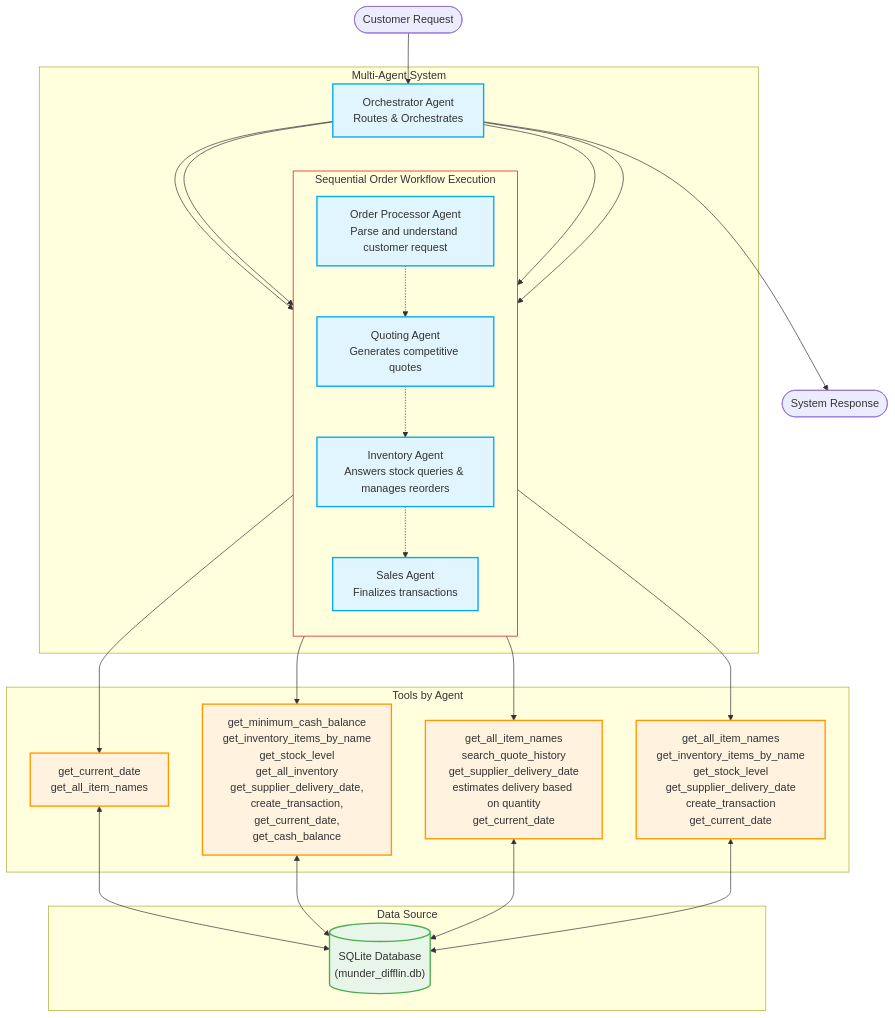
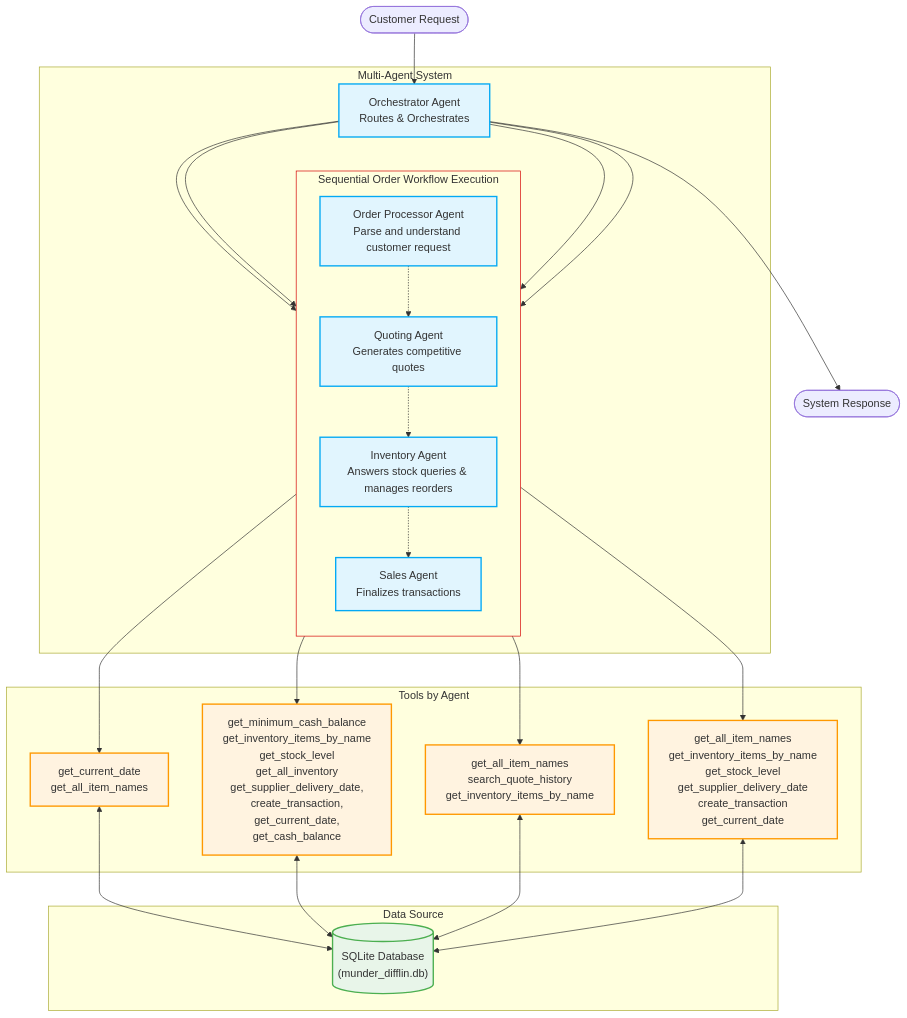
The diagram in project/DIAGRAM.md (RussellRC/MultiAgentSystems), drawn with Mermaid before and after one commit. The commit also changed other lines of this file and 7 other files, not shown here.

Commit message:
thin agent, fat tools

````diff
--- a/project/DIAGRAM.md
+++ b/project/DIAGRAM.md
@@ -3,56 +3,56 @@
 ```mermaid
 flowchart TD
   subgraph "Multi-Agent System"
     Orchestrator[Orchestrator Agent\nRoutes & Orchestrates]
     OrderProcessorAgent[Order Processor Agent\nParse and understand customer request]
     QuotingAgent[Quoting Agent\nGenerates competitive quotes]
     InventoryAgent[Inventory Agent\nAnswers stock queries & manages reorders]
     SalesAgent[Sales Agent\nFinalizes transactions]
 
     subgraph OrderWorkflow [Sequential Order Workflow Execution]
       direction TB
       OrderProcessorAgent -.-> QuotingAgent
       QuotingAgent -.-> InventoryAgent
       InventoryAgent -.-> SalesAgent
     end
   end
 
   CustomerInput([Customer Request]) --> Orchestrator
   Orchestrator --> OrderProcessorAgent
   Orchestrator --> QuotingAgent
   Orchestrator --> InventoryAgent
   Orchestrator --> SalesAgent
   Orchestrator --> SystemOutput([System Response])
 
   subgraph "Tools by Agent"
     OrderProcessorAgent --> ProcTools["get_current_date\nget_all_item_names"]
-    QuotingAgent --> QuoteTools["get_all_item_names\nsearch_quote_history\nget_supplier_delivery_date\nestimates delivery based on quantity\nget_current_date"]
+    QuotingAgent --> QuoteTools["get_all_item_names\nsearch_quote_history\nget_inventory_items_by_name\n"]
     InventoryAgent --> InvTools["get_minimum_cash_balance\nget_inventory_items_by_name\nget_stock_level\nget_all_inventory\nget_supplier_delivery_date,\ncreate_transaction,\nget_current_date,\nget_cash_balance"]
     SalesAgent --> SalesTools["get_all_item_names\nget_inventory_items_by_name\nget_stock_level\nget_supplier_delivery_date\ncreate_transaction\nget_current_date"]
   end
 
   subgraph "Data Source"
     SQLiteDB[("SQLite Database\n(munder_difflin.db)")]
   end
 
   ProcTools <--> SQLiteDB
   InvTools <--> SQLiteDB
   QuoteTools <--> SQLiteDB
   SalesTools <--> SQLiteDB
   
   Orchestrator:::agent
   OrderProcessorAgent:::agent
   QuotingAgent:::agent
   InventoryAgent:::agent
   SalesAgent:::agent
   ProcTools:::tool
   InvTools:::tool
   QuoteTools:::tool
   SalesTools:::tool
   SQLiteDB:::db
 
   style OrderWorkflow stroke:#D50000
   classDef agent fill: #e1f5fe, stroke: #03a9f4, stroke-width: 2px
   classDef tool fill: #fff3e0, stroke: #ff9800, stroke-width: 2px
   classDef db fill:#e8f5e9,stroke:#4caf50,stroke-width:2px
 ```
````
